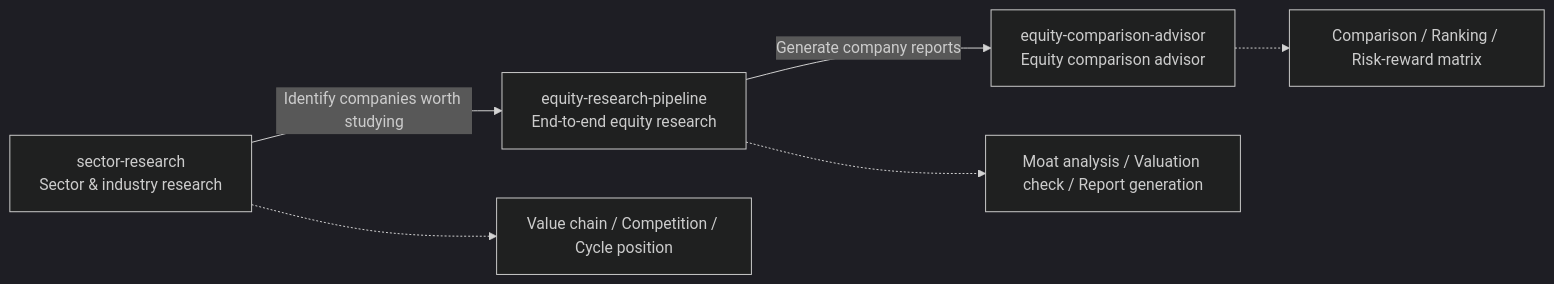
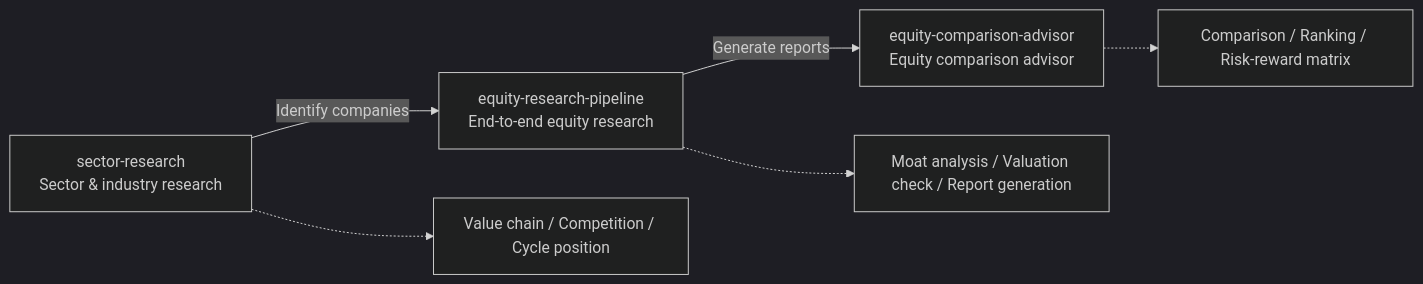
Before and after one commit to vampire-locker/investment-research-skills: the diagram in README.en.md, drawn with Mermaid (dark theme). The commit also changed other lines of this file and 1 other file, not shown here.

````diff
--- a/README.en.md
+++ b/README.en.md
@@ -69,9 +83,9 @@
 ```mermaid
 flowchart LR
-    S["sector-research<br/>Sector & industry research"] --> |"Identify companies worth studying"| P["equity-research-pipeline<br/>End-to-end equity research"]
-    P --> |"Generate company reports"| G["equity-comparison-advisor<br/>Equity comparison advisor"]
+    S["sector-research<br/>Sector & industry research"] --> |"Identify companies"| P["equity-research-pipeline<br/>End-to-end equity research"]
+    P --> |"Generate reports"| G["equity-comparison-advisor<br/>Equity comparison advisor"]
 
     S -.-> I["Value chain / Competition / Cycle position"]
     P -.-> D["Moat analysis / Valuation check / Report generation"]
     G -.-> H["Comparison / Ranking / Risk-reward matrix"]
 ```
````
